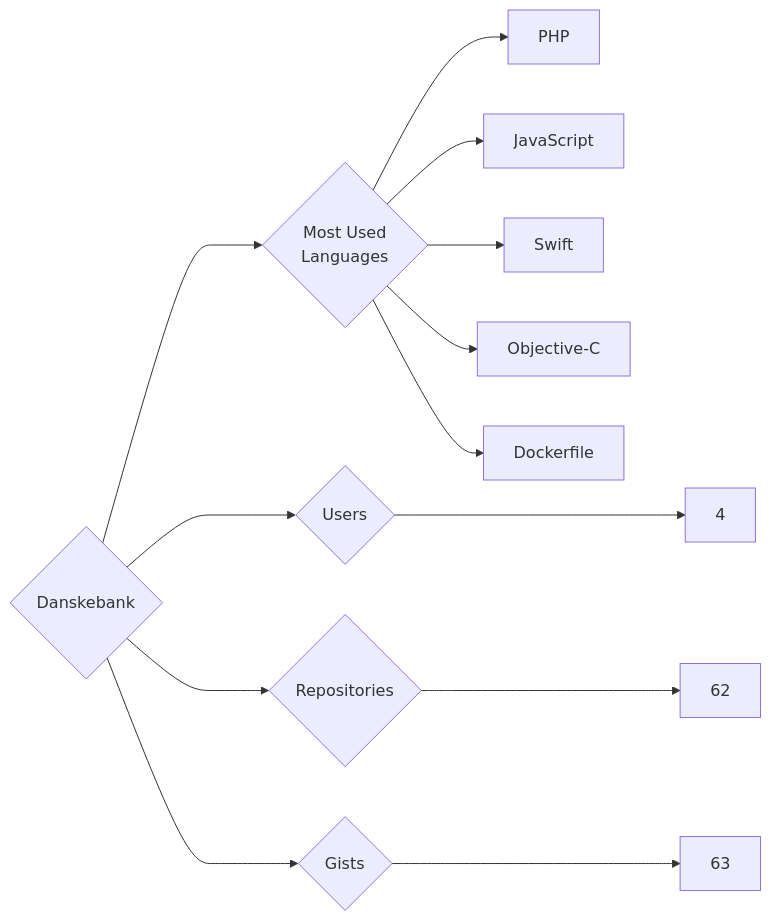
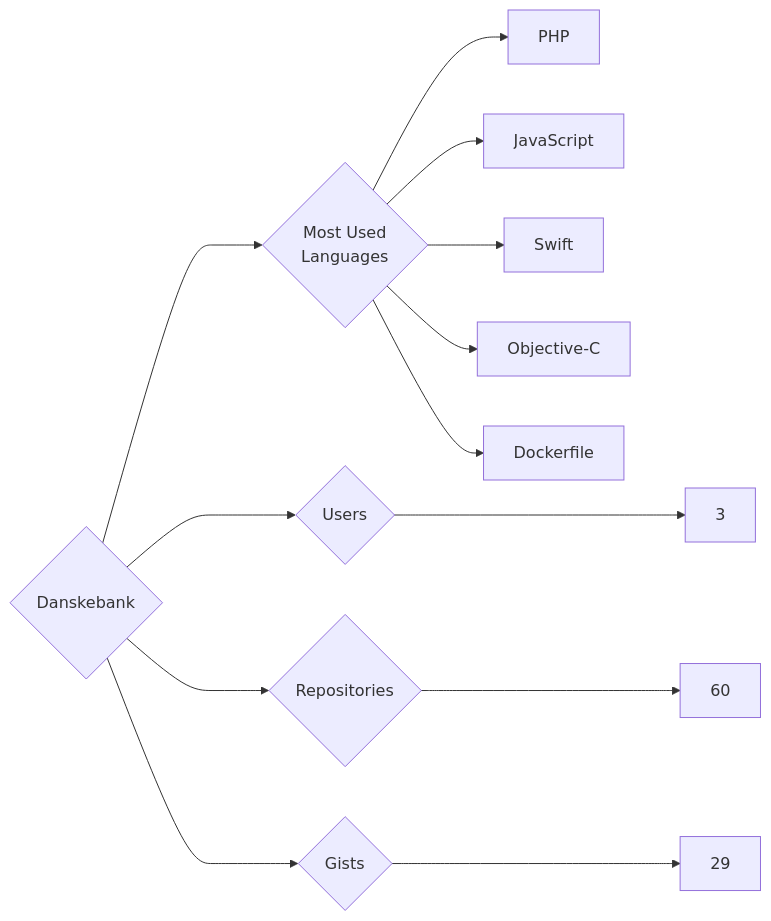
Before and after one commit to trickest/insiders: the diagram in targets/Danskebank/README.md, drawn with Mermaid. The commit also changed 1020 other files, not shown here.

````diff
--- a/targets/Danskebank/README.md
+++ b/targets/Danskebank/README.md
@@ -3,13 +3,13 @@
 ```mermaid
 graph LR
 COMPANY_NAME{Danskebank}
-COMPANY_NAME ---> U{Users} ---> UN[4]
-COMPANY_NAME ---> R{Repositories} ---> RN[62]
-COMPANY_NAME ---> G{Gists} ---> GN[63]
+COMPANY_NAME ---> U{Users} ---> UN[3]
+COMPANY_NAME ---> R{Repositories} ---> RN[60]
+COMPANY_NAME ---> G{Gists} ---> GN[29]
 COMPANY_NAME ---> ML{Most Used<br>Languages}
 ML --> PHP[PHP]
 ML --> JavaScript[JavaScript]
 ML --> Swift[Swift]
 ML --> Objective-C[Objective-C]
 ML --> Dockerfile[Dockerfile]
 ```
````
